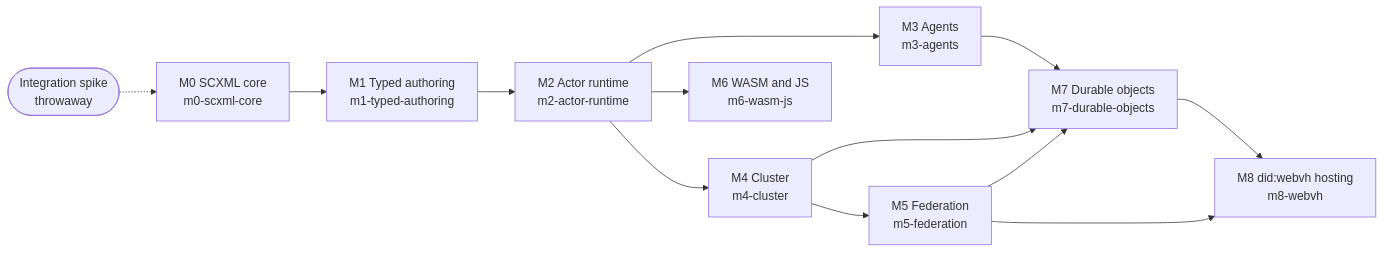
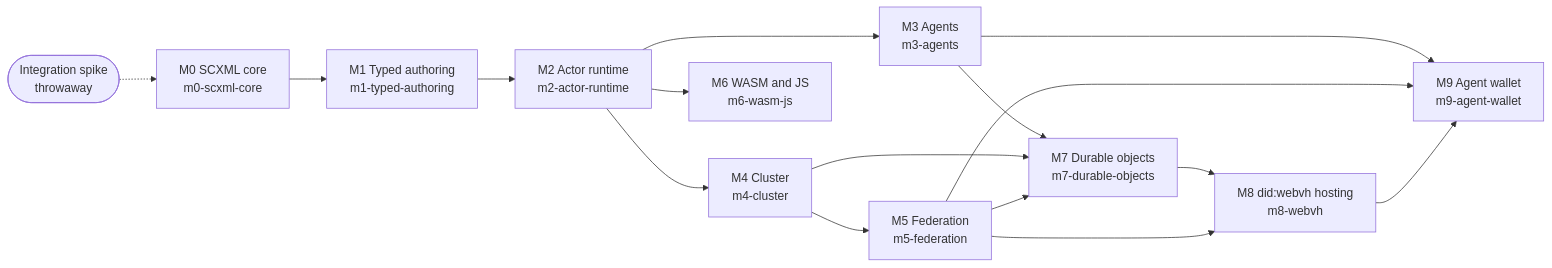
One commit to Volland/vertep changed the diagram in tg.md/roadmap.md. Above: the diagram before and after it, drawn with Mermaid. The commit also changed other lines of this file and 7 other files, not shown here.

Commit message:
M9 graph: milestone, vertep-wallet component, capabilities, decisions D1-D13, constraints, wallet view

````diff
--- a/tg.md/roadmap.md
+++ b/tg.md/roadmap.md
@@ -9,15 +9,18 @@
 ```mermaid
 flowchart LR
     M0["M0 SCXML core<br/>m0-scxml-core"] --> M1["M1 Typed authoring<br/>m1-typed-authoring"]
     M1 --> M2["M2 Actor runtime<br/>m2-actor-runtime"]
     M2 --> M3["M3 Agents<br/>m3-agents"]
     M2 --> M4["M4 Cluster<br/>m4-cluster"]
     M4 --> M5["M5 Federation<br/>m5-federation"]
     M2 --> M6["M6 WASM and JS<br/>m6-wasm-js"]
     M3 --> M7["M7 Durable objects<br/>m7-durable-objects"]
     M4 --> M7
     M5 --> M7
     M7 --> M8["M8 did:webvh hosting<br/>m8-webvh"]
     M5 --> M8
+    M3 --> M9["M9 Agent wallet<br/>m9-agent-wallet"]
+    M5 --> M9
+    M8 --> M9
     S(["Integration spike<br/>throwaway"]) -.-> M0
 ```
````
